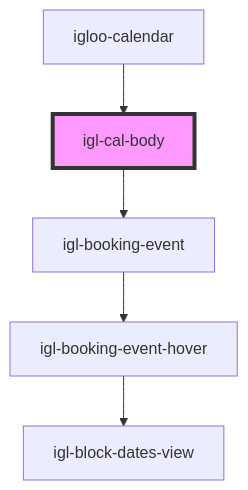
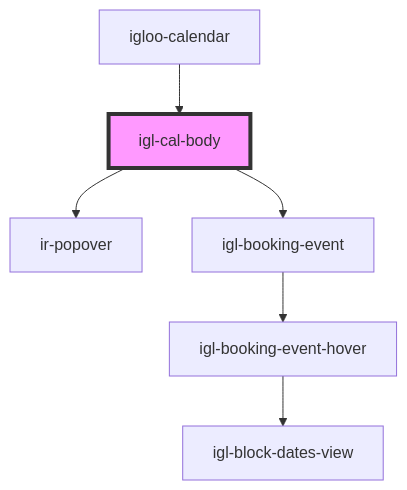
Before and after one commit to RonyRizk/ir-webcmp: the diagram in src/components/igloo-calendar/igl-cal-body/readme.md, drawn with Mermaid. The commit also changed other lines of this file and 7 other files, not shown here.

````diff
--- a/src/components/igloo-calendar/igl-cal-body/readme.md
+++ b/src/components/igloo-calendar/igl-cal-body/readme.md
@@ -41,8 +42,9 @@
 ```mermaid
 graph TD;
+  igl-cal-body --> ir-popover
   igl-cal-body --> igl-booking-event
   igl-booking-event --> igl-booking-event-hover
   igl-booking-event-hover --> igl-block-dates-view
   igloo-calendar --> igl-cal-body
   style igl-cal-body fill:#f9f,stroke:#333,stroke-width:4px
 ```
````
